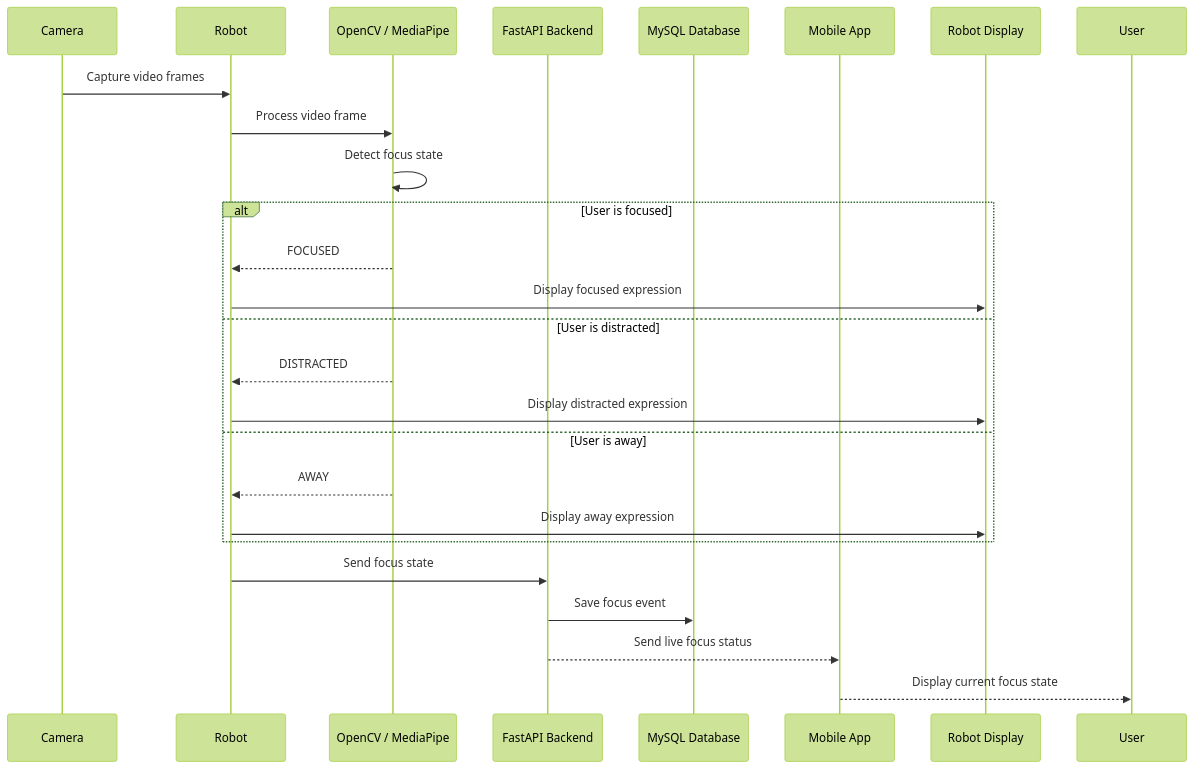
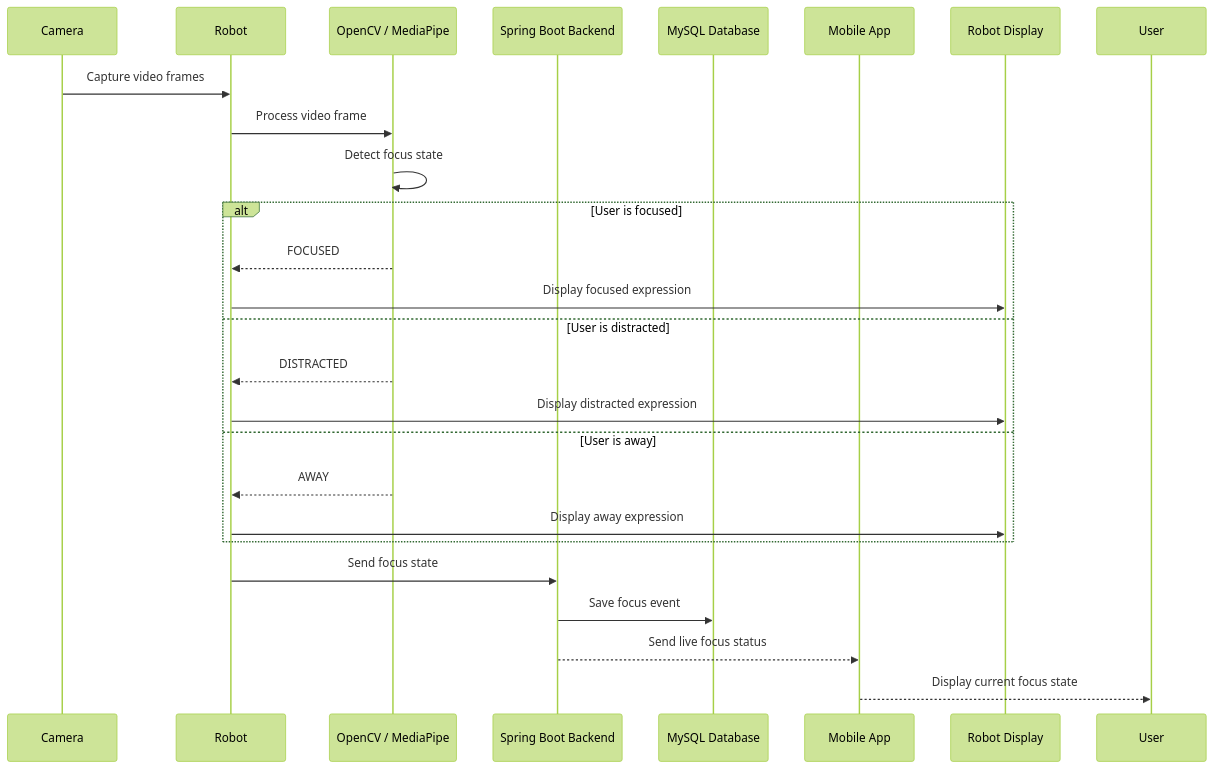
The fifth of 6 diagrams in Technical Documentation (Stage 3)/README.md (ghaid999/Kaboom), drawn with Mermaid (forest theme) before and after one commit. The commit also changed other lines of this file, not shown here.

First line of the commit message:
Change backend from FastAPI to Spring Boot in README

````diff
--- a/Technical Documentation (Stage 3)/README.md
+++ b/Technical Documentation (Stage 3)/README.md
@@ -357,30 +357,30 @@
 ```mermaid
 sequenceDiagram
     participant Camera
     participant Robot as  Robot
     participant CV as OpenCV / MediaPipe
-    participant Backend as FastAPI Backend
+    participant Backend as Spring Boot Backend
     participant DB as MySQL Database
     participant App as Mobile App
     participant Screen as Robot Display
 
     Camera->>Robot: Capture video frames
     Robot->>CV: Process video frame
     CV->>CV: Detect focus state
 
     alt User is focused
         CV-->>Robot: FOCUSED
         Robot->>Screen: Display focused expression
     else User is distracted
         CV-->>Robot: DISTRACTED
         Robot->>Screen: Display distracted expression
     else User is away
         CV-->>Robot: AWAY
         Robot->>Screen: Display away expression
     end
 
     Robot->>Backend: Send focus state
     Backend->>DB: Save focus event
     Backend-->>App: Send live focus status
     App-->>User: Display current focus state
 ```
````
